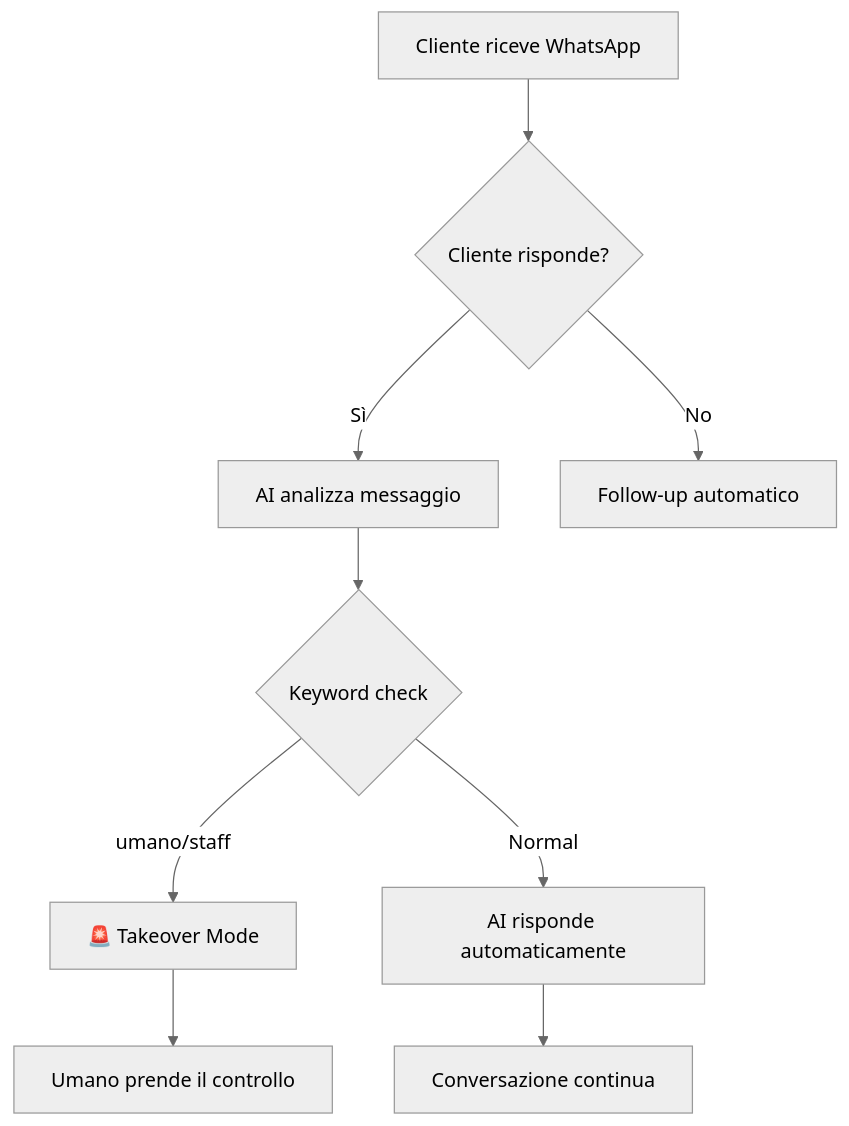
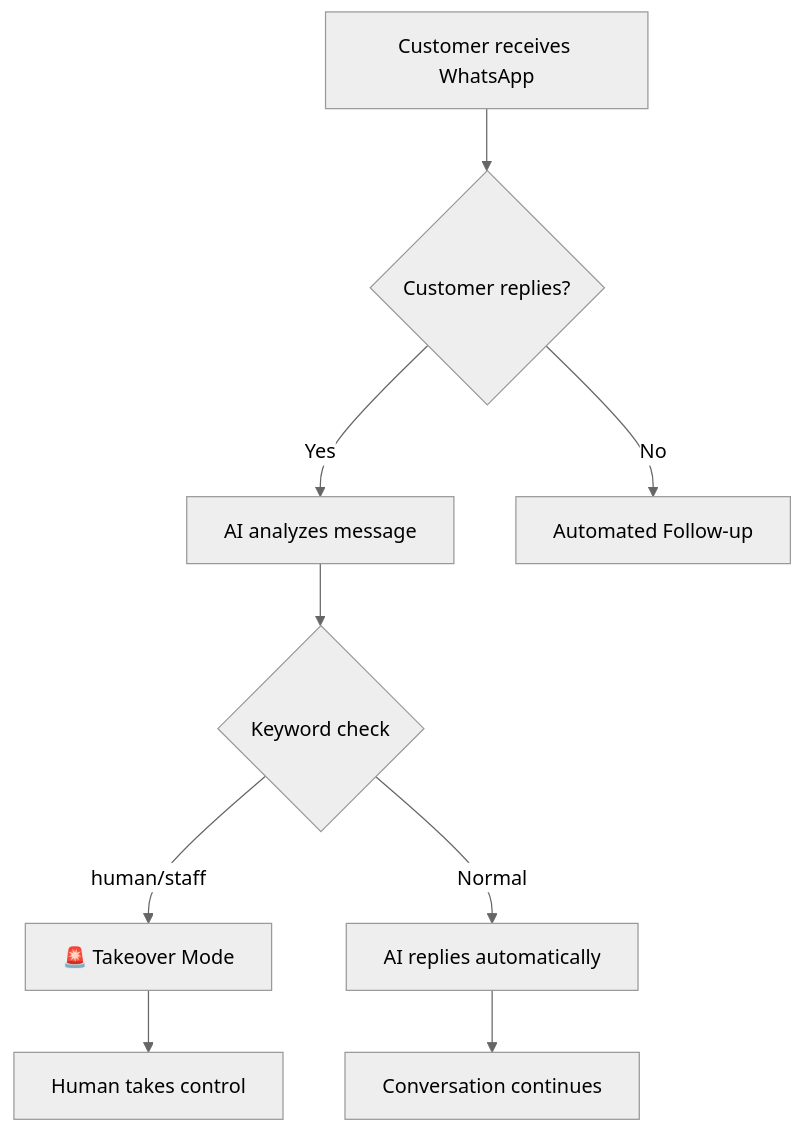
One commit to alberto591/ai-automation-agency changed the second of 2 diagrams in docs/customer-flow.md. Above: the diagram before and after it, drawn with Mermaid (neutral theme). The commit also changed other lines of this file and 10 other files, not shown here.

````diff
--- a/docs/customer-flow.md
+++ b/docs/customer-flow.md
@@ -41,11 +37,11 @@
 ```mermaid
 flowchart TD
-    A[Cliente riceve WhatsApp] --> B{Cliente risponde?}
-    B -->|Sì| C[AI analizza messaggio]
+    A[Customer receives WhatsApp] --> B{Customer replies?}
+    B -->|Yes| C[AI analyzes message]
     C --> D{Keyword check}
-    D -->|"umano/staff"| E[🚨 Takeover Mode]
-    D -->|Normal| F[AI risponde automaticamente]
-    E --> G[Umano prende il controllo]
-    F --> H[Conversazione continua]
-    B -->|No| I[Follow-up automatico]
+    D -->|"human/staff"| E[🚨 Takeover Mode]
+    D -->|Normal| F[AI replies automatically]
+    E --> G[Human takes control]
+    F --> H[Conversation continues]
+    B -->|No| I[Automated Follow-up]
 ```
````
